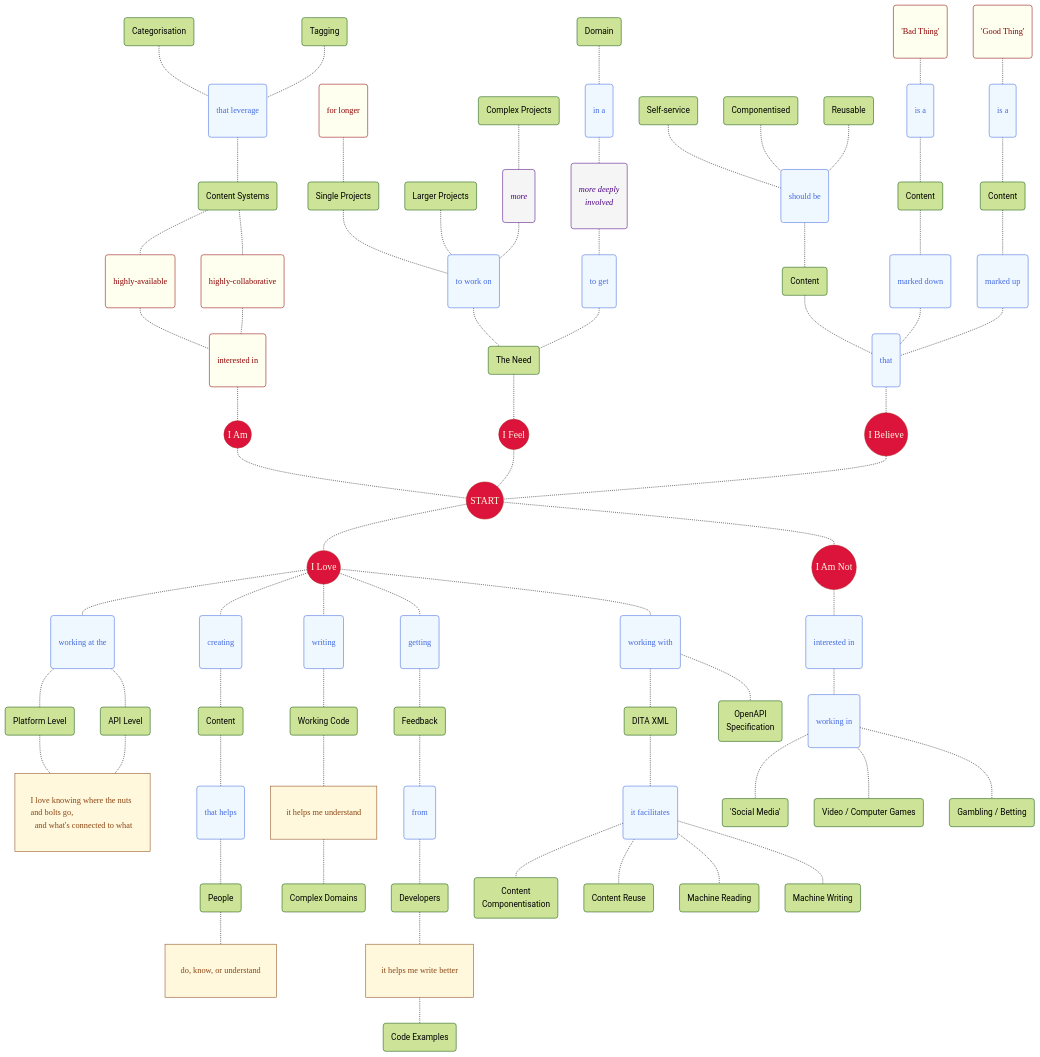
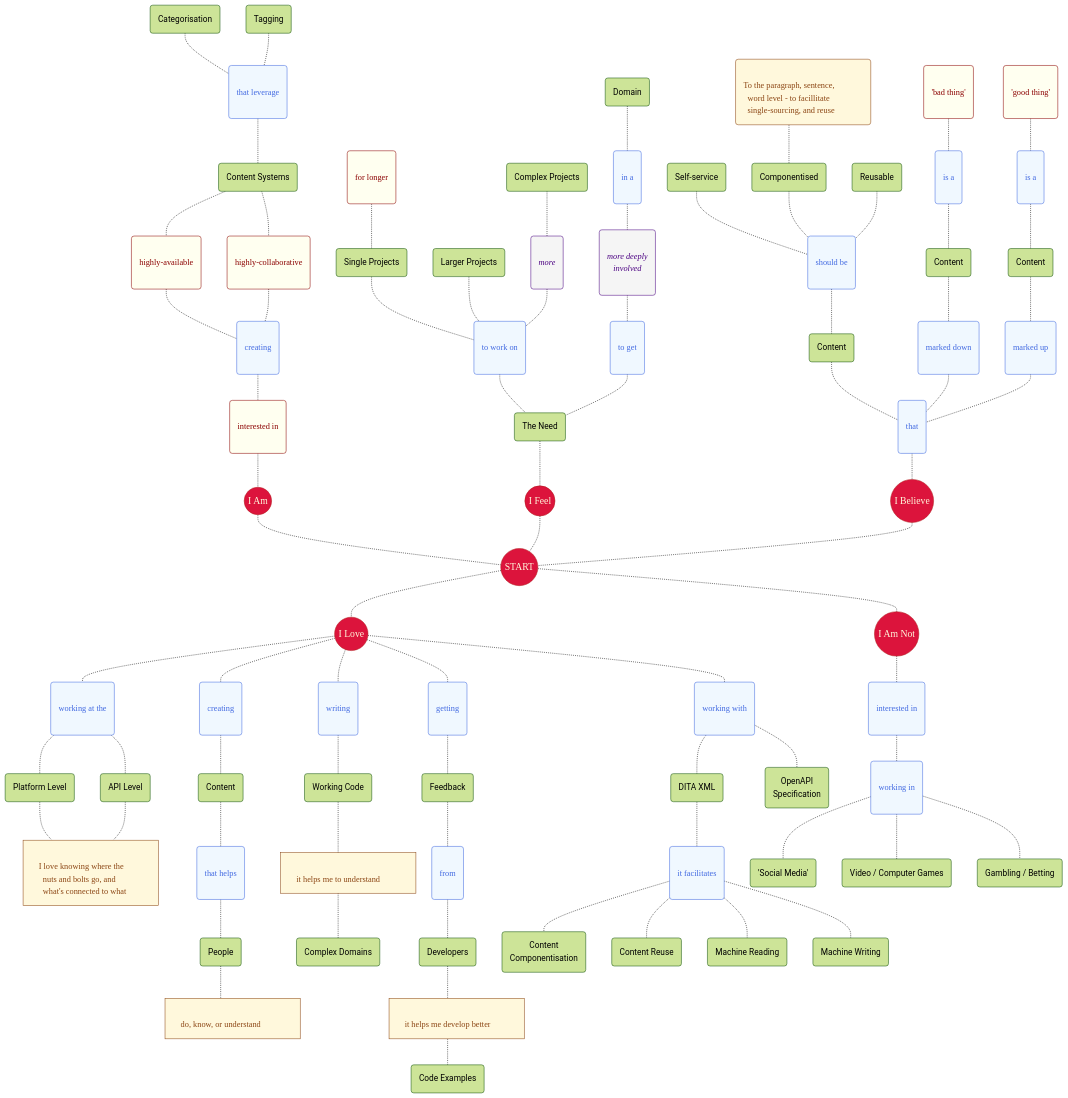
The diagram in my_mermaid_mindmap.md (joe-dorward/samples), drawn with Mermaid before and after one commit.

```diff
--- a/my_mermaid_mindmap.md
+++ b/my_mermaid_mindmap.md
@@ -9,7 +9,8 @@
   classDef Verb fill:aliceblue, color:royalblue, stroke:royalblue, font-family:verdana, padding:0px 4px;
   classDef Adverb fill:whitesmoke, color:indigo, stroke:indigo, font-family:verdana, font-style:italic, padding:0px 4px;
   classDef Adjective fill:ivory, color:darkred, stroke:darkred, font-family:verdana, padding:0px 4px;
-  classDef Note fill:cornsilk, stroke:saddlebrown, color:saddlebrown, font-family:verdana, text-align:left, padding:0px 4px;
+  %%classDef Note fill:cornsilk, stroke:saddlebrown, color:saddlebrown, font-family:verdana, text-align:left, padding:0px 18px 0px 6px;
+  classDef Note fill:cornsilk, stroke:saddlebrown, color:saddlebrown, font-family:verdana, text-align:left, width:260px, padding-left:9px;
 
   %% ========== ========== ========== ========== ==========
   I_AM(("I Am")):::Start
@@ -23,19 +24,19 @@
   THAT_LEVERAGE("that leverage")
   CATEGORISATION("Categorisation")
   TAGGING("Tagging")
+  CREATING_2("creating")
 
   class INTERESTED_IN,HIGHLY_AVAILABLE,HIGHLY_FINDABLE,HIGHLY_COLABORATIVE Adjective;
-  class THAT_LEVERAGE Verb;
+  class CREATING_2,THAT_LEVERAGE Verb;
 
 
   CATEGORISATION-.-THAT_LEVERAGE
   TAGGING-.-THAT_LEVERAGE
 
-  THAT_LEVERAGE-.-CONTENT_SYSTEMS-.-HIGHLY_AVAILABLE-.-INTERESTED_IN
-  %%CONTENT_SYSTEMS-.-HIGHLY_FINDABLE-.-INTERESTED_IN
-  CONTENT_SYSTEMS-.-HIGHLY_COLABORATIVE-.-INTERESTED_IN
+  THAT_LEVERAGE-.-CONTENT_SYSTEMS-.-HIGHLY_AVAILABLE-.-CREATING_2
+  CONTENT_SYSTEMS-.-HIGHLY_COLABORATIVE-.-CREATING_2
 
-  INTERESTED_IN-.-I_AM
+  CREATING_2-.-INTERESTED_IN-.-I_AM
   %% ========== ========== ========== ========== ==========
   SINGLE_PROJECTS("Single Projects")
   LARGER_PROJECTS("Larger Projects")
@@ -91,16 +92,21 @@
   class SHOULD_BE_1,THAT_1 Verb;
 
   SELF_SERVICE-.-SHOULD_BE_1-.-CONTENT_1-.-THAT_1-.-I_BELIEVE
+
+  COMPONENTISED_NOTE("To the paragraph, sentence,<br/>&ensp;word level - to facillitate<br/>&ensp;single-sourcing, and reuse")
+  class COMPONENTISED_NOTE Note;
+
+  COMPONENTISED_NOTE-.-
   COMPONENTISED-.-SHOULD_BE_1
   REUSABLE-.-SHOULD_BE_1
 
   %% ---------- ---------- ---------- ---------- ----------
-  BAD_THING("'Bad Thing'")
+  BAD_THING("'bad thing'")
   IS_A_1("is a")
   CONTENT_2("Content")
   MARKED_DOWN("marked down")
 
-  GOOD_THING("'Good Thing'")
+  GOOD_THING("'good thing'")
   IS_A_2("is a")
   CONTENT_3("Content")
   MARKED_UP("marked up")
@@ -119,7 +125,7 @@
   WORKING_AT_THE("working at the")
   PLATFORM_LEVEL("Platform Level")
   API_LEVEL("API Level")
-  LOVE_KNOWING_NUTS_AND_BOLTS["I love knowing where the nuts and bolts go,<br/>&ensp;and what's connected to what"]
+  LOVE_KNOWING_NUTS_AND_BOLTS["I love knowing where the<br/>&ensp;nuts and bolts go, and<br/>&ensp;what's connected to what"]
 
   class WORKING_AT_THE Verb;
   class LOVE_KNOWING_NUTS_AND_BOLTS Note;
@@ -141,7 +147,7 @@
   %% ---------- ---------- ---------- ---------- ----------
   WRITING("writing")
   WORKING_CODE("Working Code")
-  HELPS_ME_UNDERSTAND["it helps me understand"]
+  HELPS_ME_UNDERSTAND["it helps me to understand"]
   COMPLEX_DOMAINS("Complex Domains")
 
   class WRITING Verb;
@@ -153,7 +159,7 @@
   FEEDBACK("Feedback")
   FROM("from")
   DEVELOPERS("Developers")
-  HELPS_ME_WRITE_BETTER[it helps me write better]
+  HELPS_ME_WRITE_BETTER[it helps me develop better]
   CODE_EXAMPLES("Code Examples")
 
   class GETTING,FROM Verb;
```
